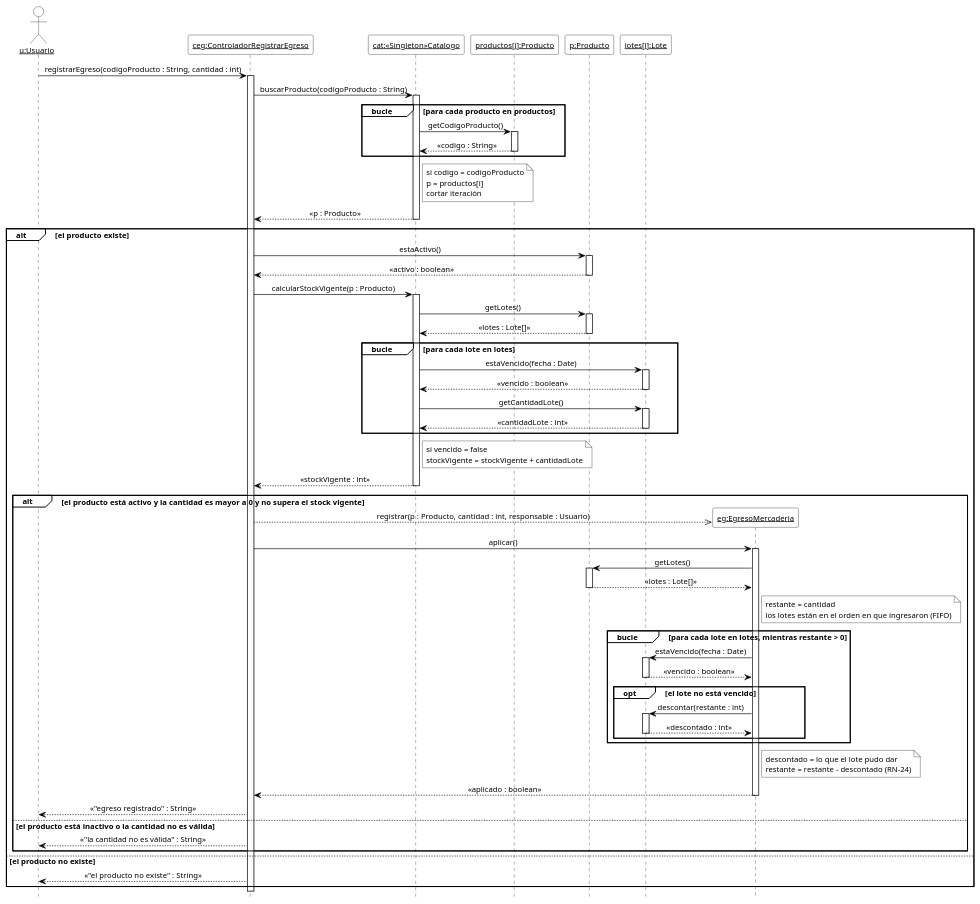
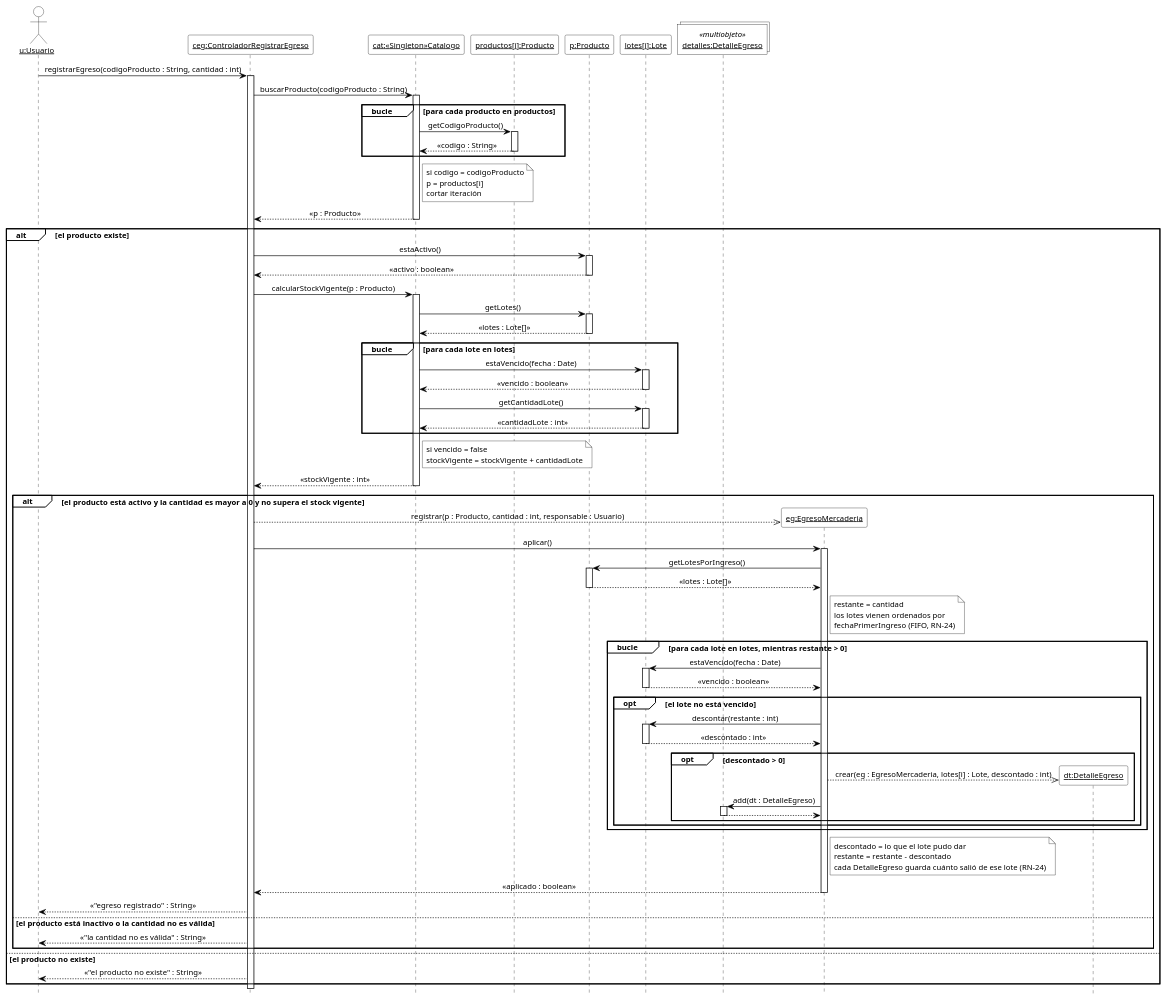
Before and after one commit to cirotop/Stock-Project: diagram 21 of 21 in 08-Diagrama De Secuencia/Diagramas_de_Secuencia.md, drawn with PlantUML. The commit also changed other lines of this file, not shown here.

Commit message:
ultimas modificaciones

```diff
--- a/08-Diagrama De Secuencia/Diagramas_de_Secuencia.md
+++ b/08-Diagrama De Secuencia/Diagramas_de_Secuencia.md
@@ -1629,6 +1630,7 @@
 participant "<u>productos[i]:Producto</u>" as pi
 participant "<u>p:Producto</u>" as p
 participant "<u>lotes[i]:Lote</u>" as li
+collections "<u>detalles:DetalleEgreso</u>" as md <<multiobjeto>>
 
 u -> ceg ++ : registrarEgreso(codigoProducto : String, cantidad : int)
 ceg -> cat ++ : buscarProducto(codigoProducto : String)
@@ -1663,18 +1665,24 @@
     create participant "<u>eg:EgresoMercaderia</u>" as eg
     ceg -->> eg : registrar(p : Producto, cantidad : int, responsable : Usuario)
     ceg -> eg ++ : aplicar()
-    eg -> p ++ : getLotes()
+    eg -> p ++ : getLotesPorIngreso()
     p --> eg -- : «lotes : Lote[]»
-    note right of eg : restante = cantidad\nlos lotes están en el orden en que ingresaron (FIFO)
+    note right of eg : restante = cantidad\nlos lotes vienen ordenados por\nfechaPrimerIngreso (FIFO, RN-24)
     group bucle [para cada lote en lotes, mientras restante > 0]
       eg -> li ++ : estaVencido(fecha : Date)
       li --> eg -- : «vencido : boolean»
       opt el lote no está vencido
         eg -> li ++ : descontar(restante : int)
         li --> eg -- : «descontado : int»
+        opt descontado > 0
+          create participant "<u>dt:DetalleEgreso</u>" as dt
+          eg -->> dt : crear(eg : EgresoMercaderia, lotes[i] : Lote, descontado : int)
+          eg -> md ++ : add(dt : DetalleEgreso)
+          md --> eg --
+        end
       end
     end
-    note right of eg : descontado = lo que el lote pudo dar\nrestante = restante - descontado (RN-24)
+    note right of eg : descontado = lo que el lote pudo dar\nrestante = restante - descontado\ncada DetalleEgreso guarda cuánto salió de ese lote (RN-24)
     eg --> ceg -- : «aplicado : boolean»
     ceg --> u : «"egreso registrado" : String»
   else el producto está inactivo o la cantidad no es válida
```
